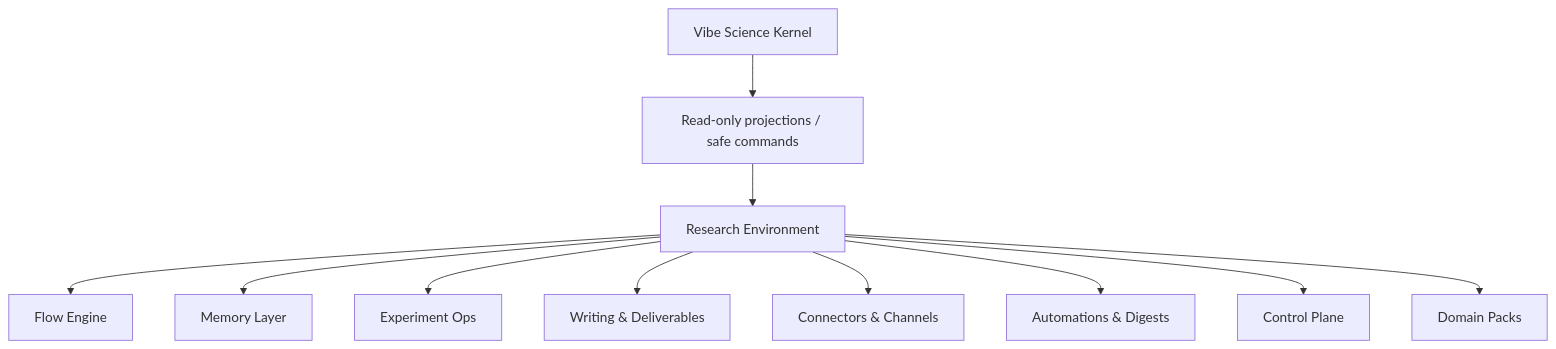
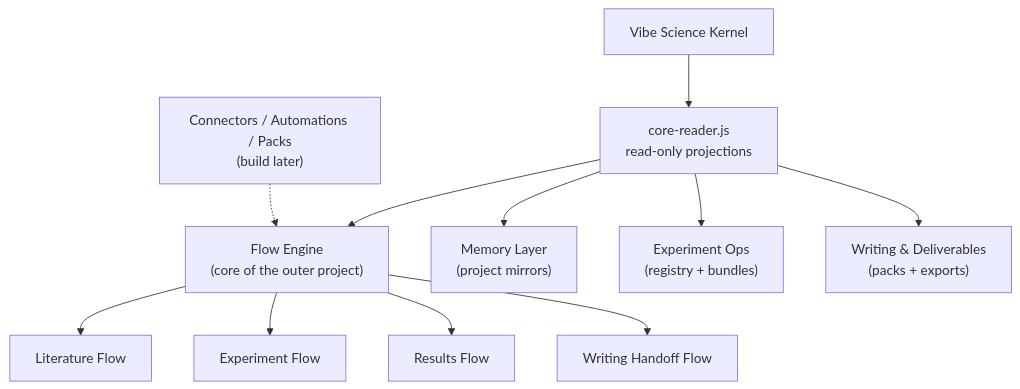
Before and after one commit to th3vib3coder/vibe-science: the diagram in blueprints/research-environment-v1/02-product-architecture.md, drawn with Mermaid. The commit also changed other lines of this file and 3 other files, not shown here.

First line of the commit message:
docs: adversarial review pass on research environment spec

````diff
--- a/blueprints/research-environment-v1/02-product-architecture.md
+++ b/blueprints/research-environment-v1/02-product-architecture.md
@@ -13,13 +13,13 @@
 ```mermaid
 flowchart TD
-    A["Vibe Science Kernel"] --> B["Read-only projections / safe commands"]
-    B --> C["Research Environment"]
-    C --> D["Flow Engine"]
-    C --> E["Memory Layer"]
-    C --> F["Experiment Ops"]
-    C --> G["Writing & Deliverables"]
-    C --> H["Connectors & Channels"]
-    C --> I["Automations & Digests"]
-    C --> J["Control Plane"]
-    C --> K["Domain Packs"]
+    A["Vibe Science Kernel"] --> B["core-reader.js<br/>read-only projections"]
+    B --> C["Flow Engine<br/>(core of the outer project)"]
+    C --> D["Literature Flow"]
+    C --> E["Experiment Flow"]
+    C --> F["Results Flow"]
+    C --> G["Writing Handoff Flow"]
+    B --> H["Memory Layer<br/>(project mirrors)"]
+    B --> I["Experiment Ops<br/>(registry + bundles)"]
+    B --> J["Writing & Deliverables<br/>(packs + exports)"]
+    K["Connectors / Automations / Packs<br/>(build later)"] -.-> C
 ```
````
